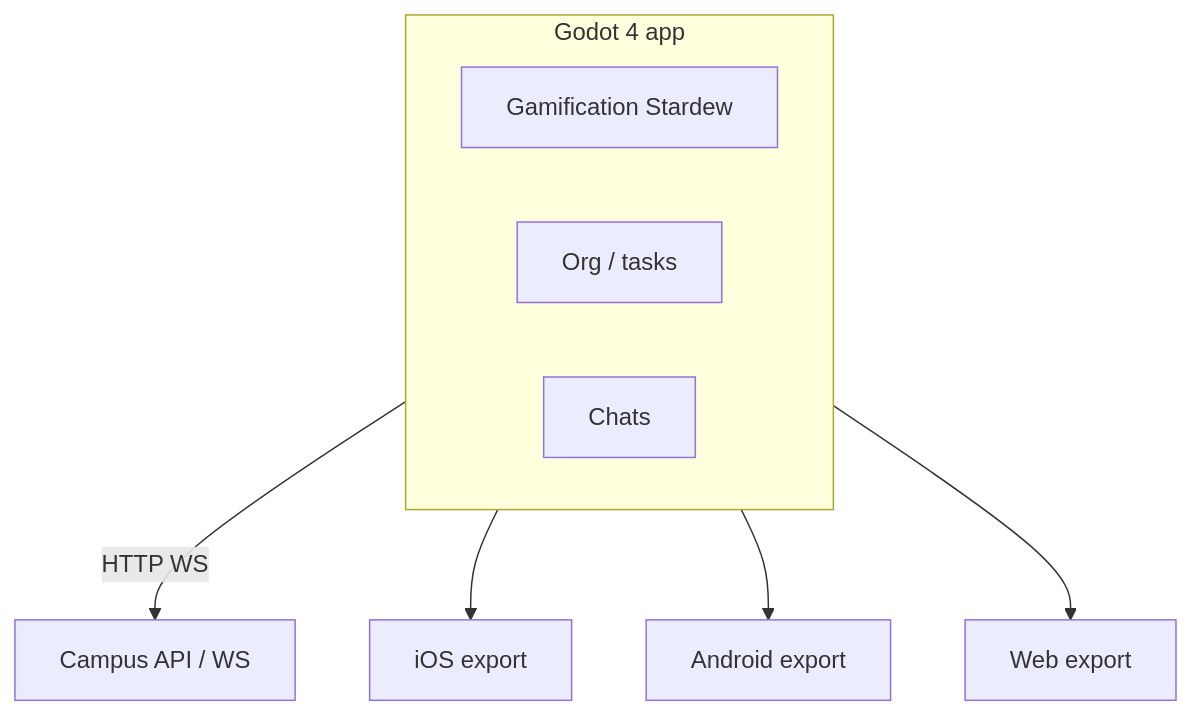
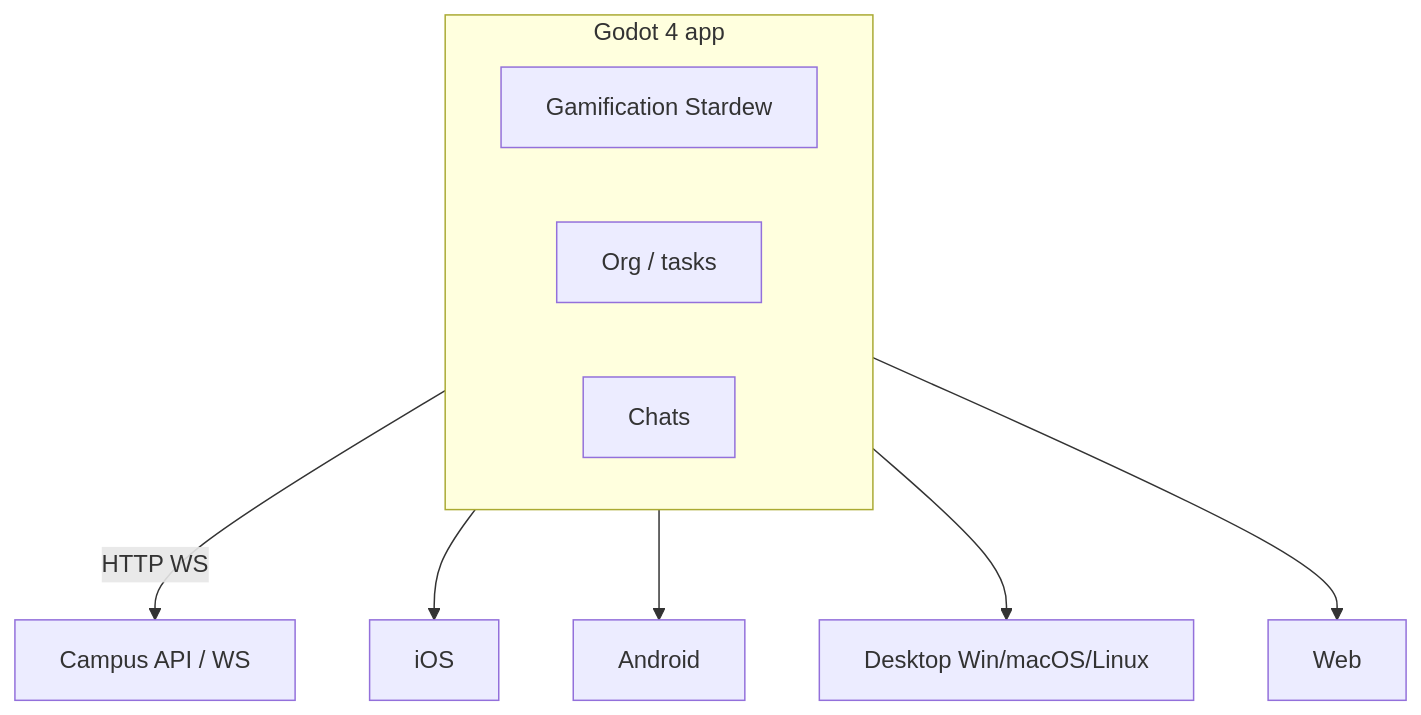
Before and after one commit to sodawave/agent-campus: the third of 5 diagrams in docs/TECH_SPEC.md, drawn with Mermaid. The commit also changed other lines of this file and 3 other files, not shown here.

Commit message:
docs: clarify Godot desktop export targets

````diff
--- a/docs/TECH_SPEC.md
+++ b/docs/TECH_SPEC.md
@@ -285,16 +284,18 @@
 ```mermaid
 flowchart TB
   subgraph godotApp [Godot 4 app]
     Map[Gamification Stardew]
     Org[Org / tasks]
     Chat[Chats]
   end
   API[Campus API / WS]
   godotApp -->|HTTP WS| API
-  iOS[iOS export]
-  And[Android export]
-  Web[Web export]
+  iOS[iOS]
+  And[Android]
+  Desk[Desktop Win/macOS/Linux]
+  Web[Web]
   godotApp --> iOS
   godotApp --> And
+  godotApp --> Desk
   godotApp --> Web
 ```
````
